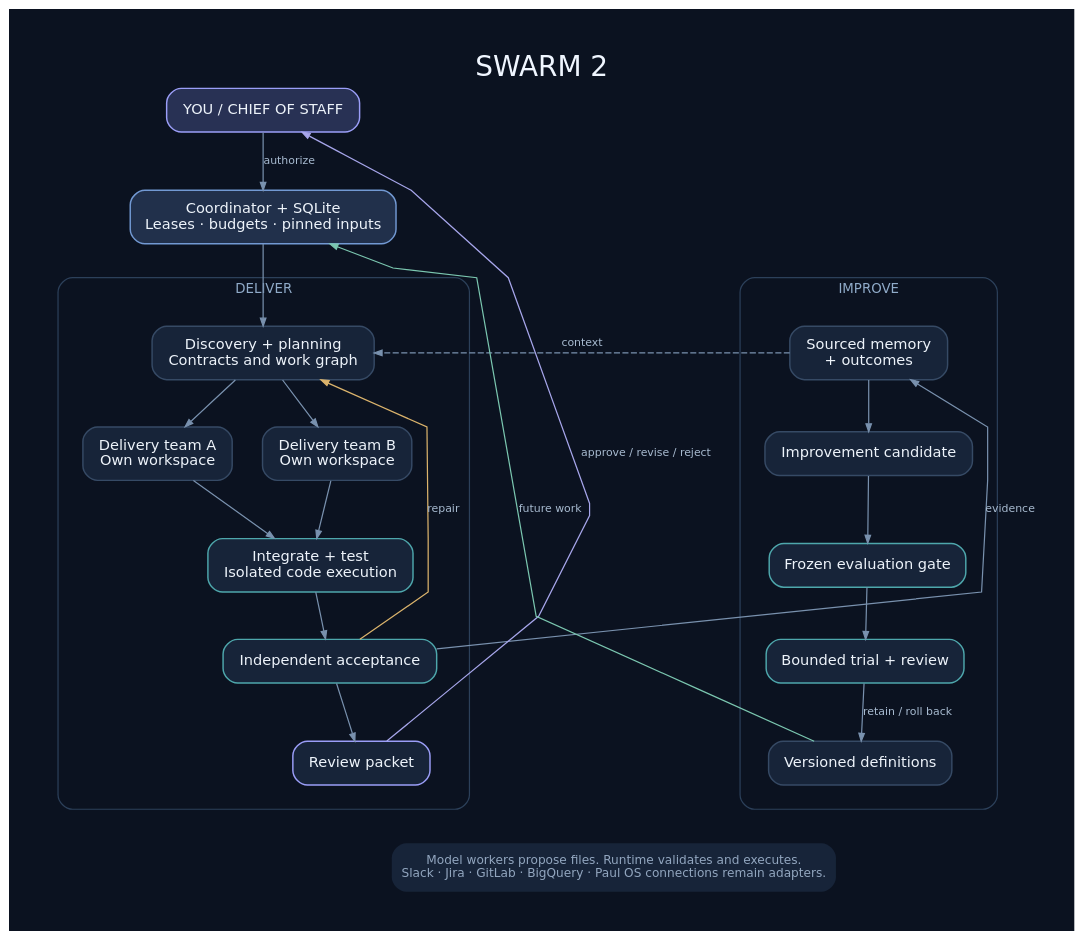
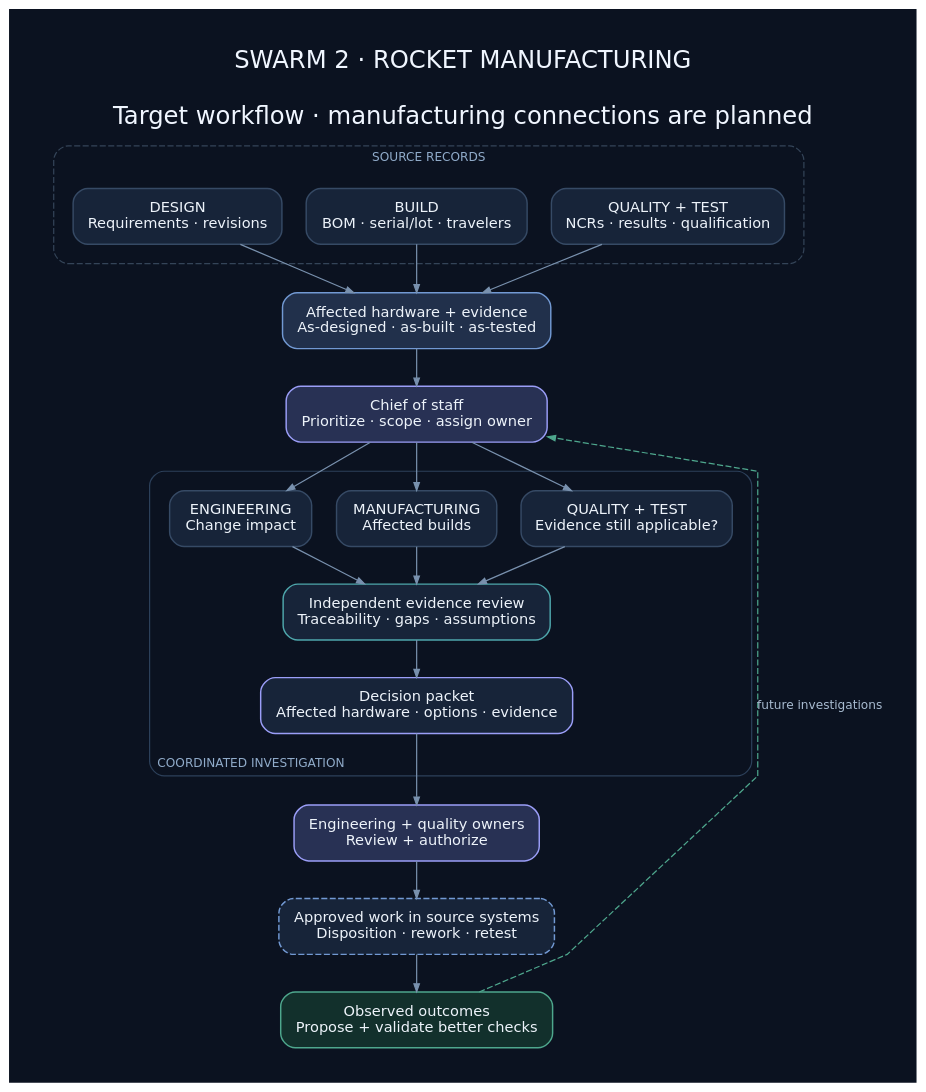
One commit to paulmalmquist/swarm_2 changed the diagram in docs/architecture-overview.dot. Above: the diagram before and after it, drawn with Graphviz. The commit also changed 9 other files, not shown here.

Commit message:
Center architecture overview on rocket manufacturing workflow

```diff
--- a/docs/architecture-overview.dot
+++ b/docs/architecture-overview.dot
@@ -1,40 +1,37 @@
-digraph swarm {
-  graph [rankdir=TB, newrank=true, bgcolor="#0b1220", pad="0.45", nodesep="0.35", ranksep="0.53", splines=polyline, fontname="DejaVu Sans", label="SWARM 2", labelloc=t, fontsize=23, fontcolor="#f0f6ff"];
-  node [shape=box, style="rounded,filled", fillcolor="#172439", color="#364a65", fontcolor="#edf3fa", fontname="DejaVu Sans", fontsize=12, margin="0.18,0.12", penwidth=1.2];
-  edge [color="#7991ae", fontcolor="#a8bbd0", fontname="DejaVu Sans", fontsize=9, arrowsize=0.65];
-  human [label="YOU / CHIEF OF STAFF", fillcolor="#283154", color="#9b9ef8"];
-  control [label="Coordinator + SQLite\nLeases · budgets · pinned inputs", fillcolor="#21304b", color="#7299d3"];
-  human -> control [label="authorize"];
+digraph manufacturing {
+  graph [rankdir=TB, newrank=true, bgcolor="#0b1220", pad="0.4", nodesep="0.28", ranksep="0.42", splines=polyline, fontname="DejaVu Sans", label="SWARM 2 · ROCKET MANUFACTURING\n\nTarget workflow · manufacturing connections are planned", labelloc=t, fontsize=20, fontcolor="#f0f6ff"];
+  node [shape=box, style="rounded,filled", fillcolor="#172439", color="#364a65", fontcolor="#edf3fa", fontname="DejaVu Sans", fontsize=12, margin="0.18,0.14", penwidth=1.2];
+  edge [color="#7991ae", fontcolor="#a8bbd0", fontname="DejaVu Sans", fontsize=10, arrowsize=0.65];
 
-  subgraph cluster_delivery {
-    label="DELIVER"; color="#2c405a"; fontcolor="#90abc9"; fontsize=11; style=rounded; margin=20;
-    plan [label="Discovery + planning\nContracts and work graph"];
-    a [label="Delivery team A\nOwn workspace"];
-    b [label="Delivery team B\nOwn workspace"];
-    {rank=same; a; b;}
-    test [label="Integrate + test\nIsolated code execution", color="#4ea7ac"];
-    verify [label="Independent acceptance", color="#4ea7ac"];
-    review [label="Review packet", color="#9b9ef8"];
-    plan -> a; plan -> b; a -> test; b -> test; test -> verify; verify -> review;
-    verify -> plan [label="repair", color="#dcb46c", constraint=false];
+  subgraph cluster_sources {
+    label="SOURCE RECORDS"; color="#344458"; fontcolor="#90abc9"; fontsize=10; style="rounded,dashed"; margin=16;
+    design [label="DESIGN\nRequirements · revisions"];
+    build [label="BUILD\nBOM · serial/lot · travelers"];
+    quality [label="QUALITY + TEST\nNCRs · results · qualification"];
+    {rank=same; design; build; quality;}
   }
-  subgraph cluster_learning {
-    label="IMPROVE"; color="#2c405a"; fontcolor="#90abc9"; fontsize=11; style=rounded; margin=20;
-    memory [label="Sourced memory\n+ outcomes"];
-    candidate [label="Improvement candidate"];
-    gate [label="Frozen evaluation gate", color="#4ea7ac"];
-    trial [label="Bounded trial + review", color="#4ea7ac"];
-    release [label="Versioned definitions"];
-    memory -> candidate; candidate -> gate; gate -> trial; trial -> release [label="retain / roll back"];
+  context [label="Affected hardware + evidence\nAs-designed · as-built · as-tested", fillcolor="#21304b", color="#7299d3"];
+  design -> context; build -> context; quality -> context;
+  chief [label="Chief of staff\nPrioritize · scope · assign owner", fillcolor="#283154", color="#9b9ef8"];
+  context -> chief;
+
+  subgraph cluster_swarm {
+    label="COORDINATED INVESTIGATION"; labeljust=l; labelloc=b; color="#2c405a"; fontcolor="#90abc9"; fontsize=10; style=rounded; margin=16;
+    engineering [label="ENGINEERING\nChange impact"];
+    manufacturing [label="MANUFACTURING\nAffected builds"];
+    assurance [label="QUALITY + TEST\nEvidence still applicable?"];
+    {rank=same; engineering; manufacturing; assurance;}
+    review [label="Independent evidence review\nTraceability · gaps · assumptions", color="#4ea7ac"];
+    packet [label="Decision packet\nAffected hardware · options · evidence", color="#9b9ef8"];
+    engineering -> review; manufacturing -> review; assurance -> review;
+    review -> packet;
   }
-  control -> plan;
-  {rank=same; plan; memory;}
-  {rank=same; test; gate;}
-  {rank=same; review; release;}
-  verify -> memory [label="evidence", constraint=false];
-  memory -> plan [label="context", style=dashed, constraint=false];
-  release -> control [label="future work", color="#7bc7b0", constraint=false];
-  review -> human [label="approve / revise / reject", color="#a7a6eb", constraint=false];
-  note [label="Model workers propose files. Runtime validates and executes.\nSlack · Jira · GitLab · BigQuery · Paul OS connections remain adapters.", shape=plaintext, fontcolor="#92a6bf", fontsize=10];
-  review -> note [style=invis]; release -> note [style=invis];
+  chief -> engineering; chief -> manufacturing; chief -> assurance;
+  human [label="Engineering + quality owners\nReview + authorize", fillcolor="#283154", color="#9b9ef8"];
+  action [label="Approved work in source systems\nDisposition · rework · retest", style="rounded,filled,dashed", color="#7299d3"];
+  learning [label="Observed outcomes\nPropose + validate better checks", fillcolor="#12302c", color="#4ea78d"];
+  packet -> human;
+  human -> action;
+  action -> learning;
+  learning -> chief [label="future investigations", color="#4ea78d", style=dashed, constraint=false];
 }
```
